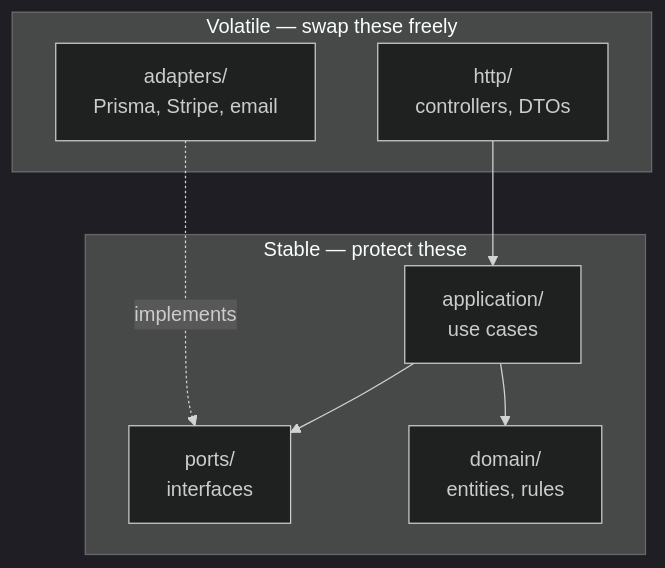
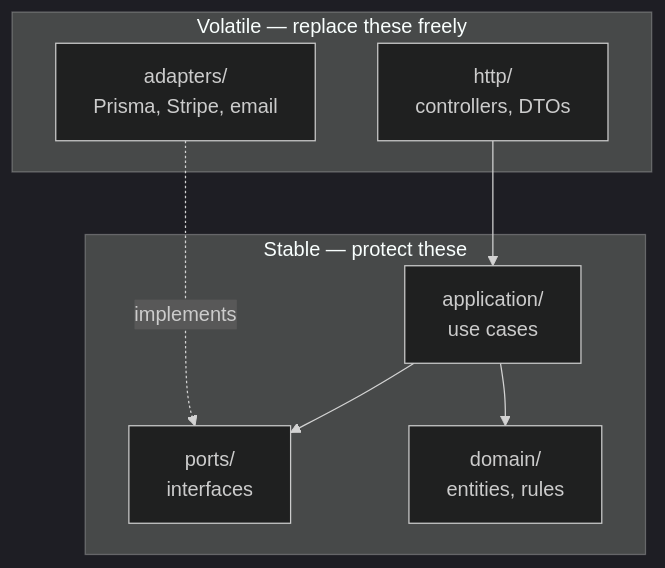
The first of 5 diagrams in apps/dojo/content/supplements/backend-architecture.md (Ayoubioussoufa/codearena), drawn with Mermaid (dark theme) before and after one commit. The commit also changed other lines of this file, not shown here.

First line of the commit message:
docs(dojo): expand the backend architecture guide

````diff
--- a/apps/dojo/content/supplements/backend-architecture.md
+++ b/apps/dojo/content/supplements/backend-architecture.md
@@ -84,16 +139,16 @@
 ```mermaid
 flowchart TD
-    subgraph outer["Volatile — swap these freely"]
+    subgraph outer["Volatile — replace these freely"]
         HTTP["http/<br/>controllers, DTOs"]
         DB["adapters/<br/>Prisma, Stripe, email"]
     end
     subgraph inner["Stable — protect these"]
         APP["application/<br/>use cases"]
         PORT["ports/<br/>interfaces"]
         DOM["domain/<br/>entities, rules"]
     end
     HTTP --> APP
     APP --> PORT
     APP --> DOM
     DB -.implements.-> PORT
 ```
````
